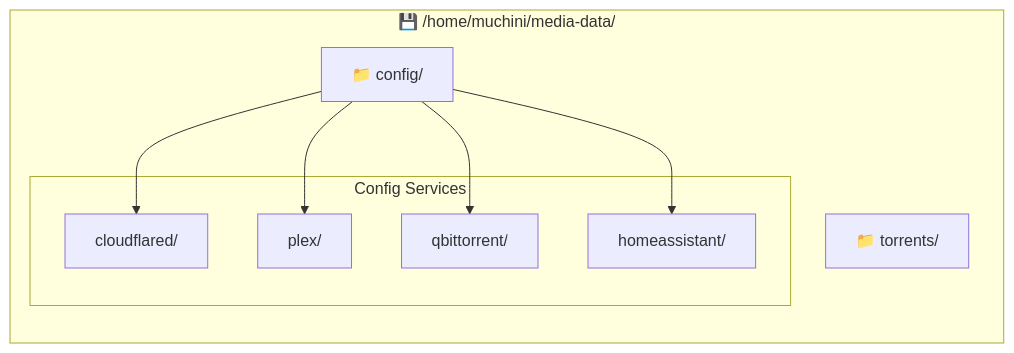
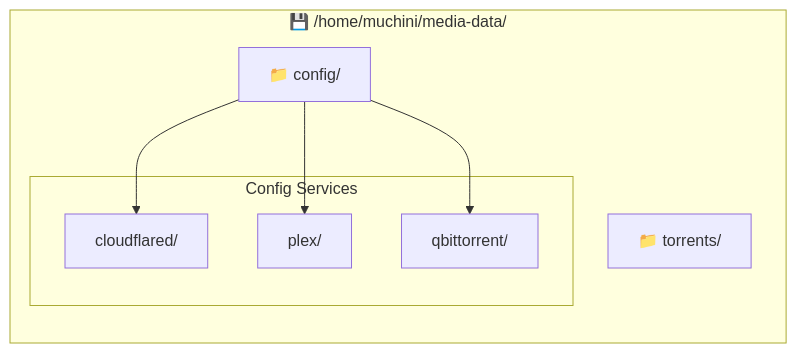
One commit to muchiny/media-stack-k8s changed the fifth of 6 diagrams in CLAUDE.md. Above: the diagram before and after it, drawn with Mermaid. The commit also changed other lines of this file and 24 other files, not shown here.

````diff
--- a/CLAUDE.md
+++ b/CLAUDE.md
@@ -239,19 +220,17 @@
 ```mermaid
 graph LR
     subgraph "💾 /home/muchini/media-data/"
         Config["📁 config/"]
         Torrents["📁 torrents/"]
 
         subgraph "Config Services"
             CFG1["cloudflared/"]
             CFG2["plex/"]
             CFG3["qbittorrent/"]
-            CFG4["homeassistant/"]
         end
     end
 
     Config --> CFG1
     Config --> CFG2
     Config --> CFG3
-    Config --> CFG4
 ```
````
